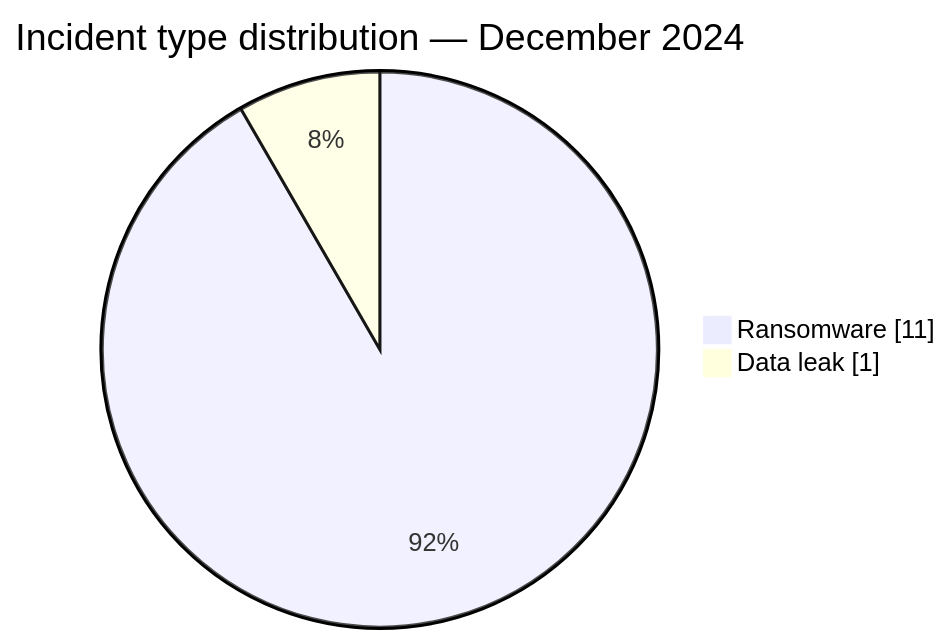
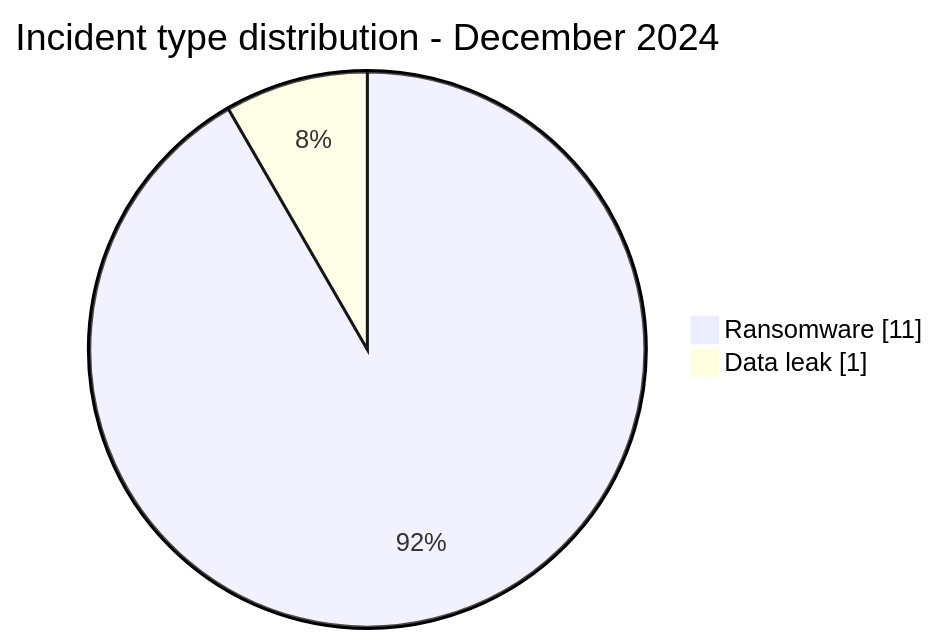
One commit to Hatchepsoute/AFRINTEL changed the second of 2 diagrams in CyberAttackAfrica/2024/12-december/README.md. Above: the diagram before and after it, drawn with Mermaid. The commit also changed other lines of this file and 182 other files, not shown here.

````diff
--- a/CyberAttackAfrica/2024/12-december/README.md
+++ b/CyberAttackAfrica/2024/12-december/README.md
@@ -58,6 +58,6 @@
 ```mermaid
 pie showData
-    title Incident type distribution — December 2024
+    title Incident type distribution - December 2024
     "Ransomware" : 11
     "Data leak" : 1
 ```
````
